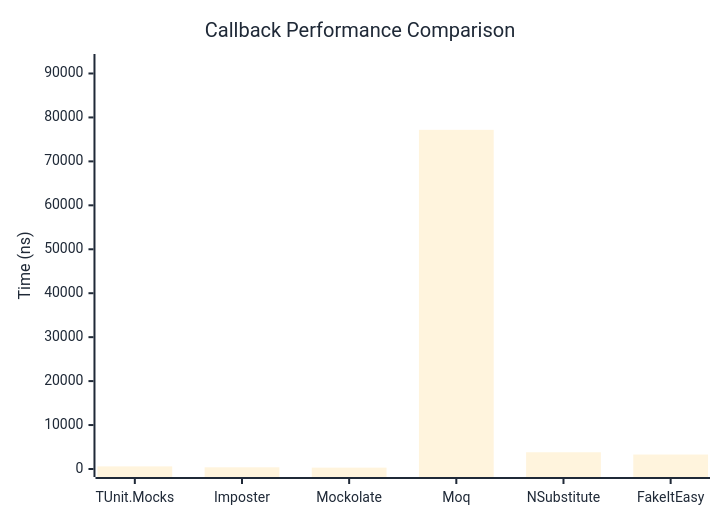
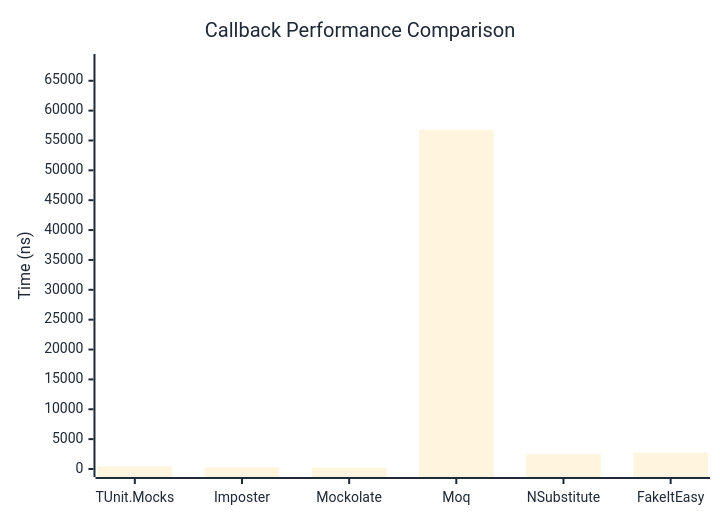
Before and after one commit to thomhurst/TUnit: the first of 2 diagrams in docs/docs/benchmarks/mocks/Callback.md, drawn with Mermaid. The commit also changed other lines of this file and 14 other files, not shown here.

````diff
--- a/docs/docs/benchmarks/mocks/Callback.md
+++ b/docs/docs/benchmarks/mocks/Callback.md
@@ -30,27 +30,27 @@
 ```mermaid
 %%{init: {
   'theme':'base',
   'themeVariables': {
     'primaryColor': '#2563eb',
     'primaryTextColor': '#1f2937',
     'primaryBorderColor': '#1e40af',
     'lineColor': '#6b7280',
     'secondaryColor': '#7c3aed',
     'tertiaryColor': '#dc2626',
     'background': '#ffffff',
     'pie1': '#2563eb',
     'pie2': '#7c3aed',
     'pie3': '#dc2626',
     'pie4': '#f59e0b',
     'pie5': '#10b981',
     'pie6': '#06b6d4',
     'pie7': '#ec4899',
     'pie8': '#6366f1'
   }
 }}%%
 xychart-beta
   title "Callback Performance Comparison"
   x-axis ["TUnit.Mocks", "Imposter", "Mockolate", "Moq", "NSubstitute", "FakeItEasy"]
-  y-axis "Time (ns)" 0 --> 92614
-  bar [593.3, 385.1, 310.2, 77177.9, 3810.9, 3293.1]
+  y-axis "Time (ns)" 0 --> 68139
+  bar [423.2, 273.2, 220.6, 56781.9, 2482.9, 2727]
 ```
````
